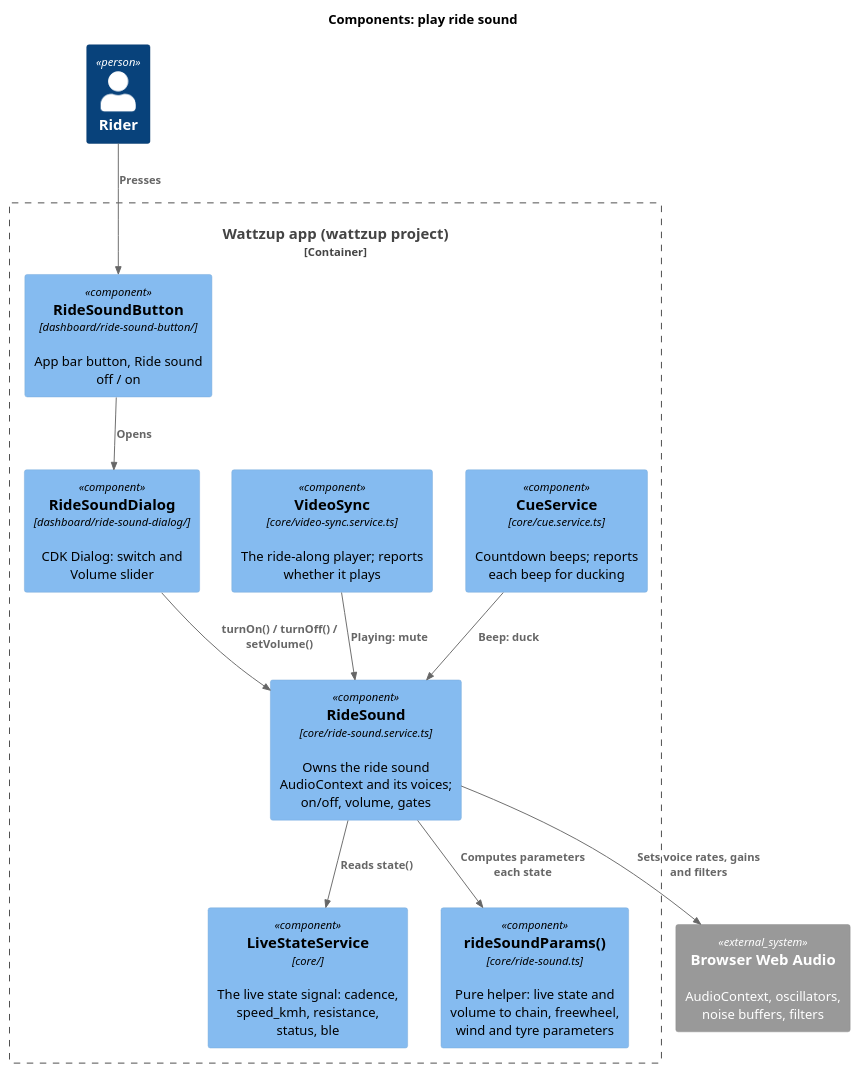
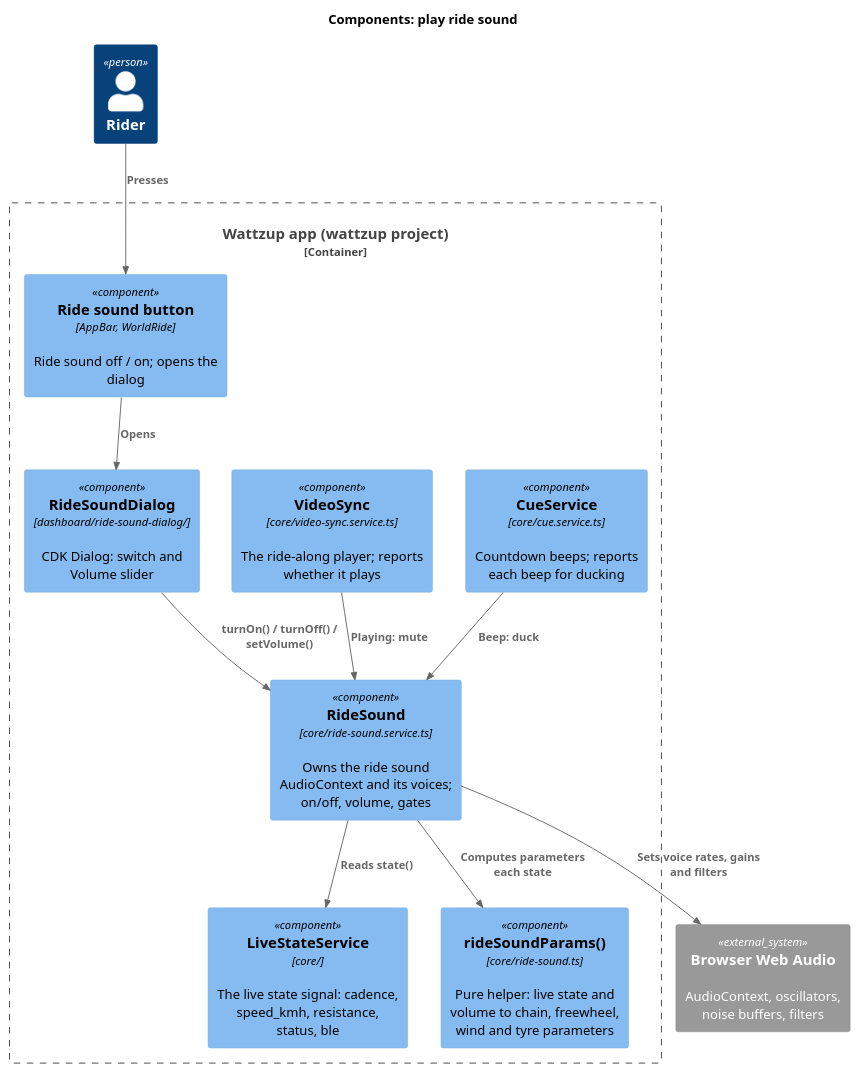
The diagram in docs/detailed-designs/workouts/play-ride-sound/diagrams/c4-component.puml (QuinntyneBrown/wattzup), drawn with PlantUML before and after one commit. The commit also changed 23 other files, not shown here.

```diff
--- a/docs/detailed-designs/workouts/play-ride-sound/diagrams/c4-component.puml
+++ b/docs/detailed-designs/workouts/play-ride-sound/diagrams/c4-component.puml
@@ -1,23 +1,23 @@
 @startuml
 !include <C4/C4_Component>
 title Components: play ride sound
 Person(rider, "Rider")
 System_Ext(browser, "Browser Web Audio", "AudioContext, oscillators, noise buffers, filters")
 Container_Boundary(app, "Wattzup app (wattzup project)") {
   Component(live, "LiveStateService", "core/", "The live state signal: cadence, speed_kmh, resistance, status, ble")
   Component(params, "rideSoundParams()", "core/ride-sound.ts", "Pure helper: live state and volume to chain, freewheel, wind and tyre parameters")
   Component(service, "RideSound", "core/ride-sound.service.ts", "Owns the ride sound AudioContext and its voices; on/off, volume, gates")
   Component(cue, "CueService", "core/cue.service.ts", "Countdown beeps; reports each beep for ducking")
   Component(video, "VideoSync", "core/video-sync.service.ts", "The ride-along player; reports whether it plays")
-  Component(button, "RideSoundButton", "dashboard/ride-sound-button/", "App bar button, Ride sound off / on")
+  Component(button, "Ride sound button", "AppBar, WorldRide", "Ride sound off / on; opens the dialog")
   Component(dialog, "RideSoundDialog", "dashboard/ride-sound-dialog/", "CDK Dialog: switch and Volume slider")
 }
 Rel(rider, button, "Presses")
 Rel(button, dialog, "Opens")
 Rel(dialog, service, "turnOn() / turnOff() / setVolume()")
 Rel(service, live, "Reads state()")
 Rel(service, params, "Computes parameters each state")
 Rel(cue, service, "Beep: duck")
 Rel(video, service, "Playing: mute")
 Rel(service, browser, "Sets voice rates, gains and filters")
 @enduml
```
